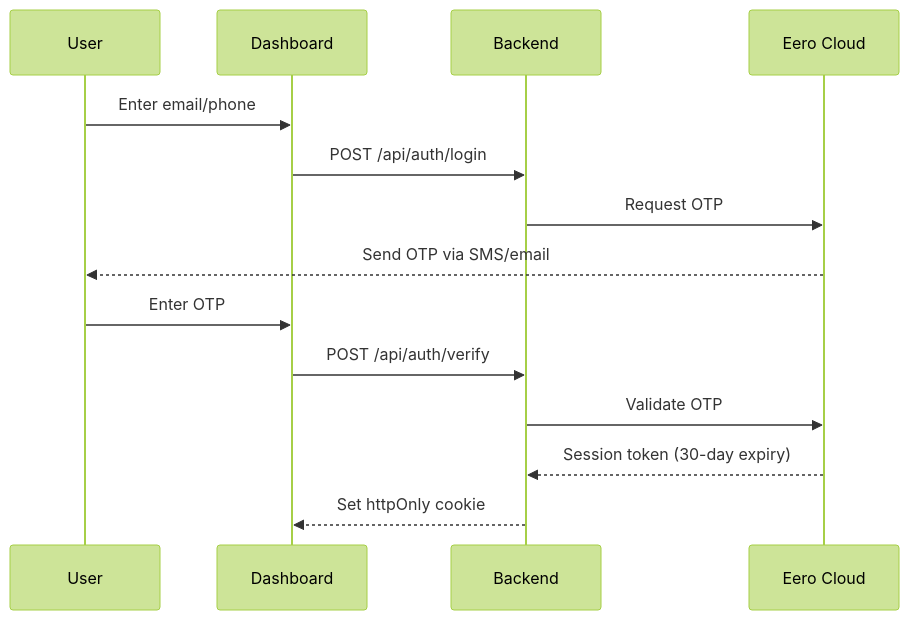
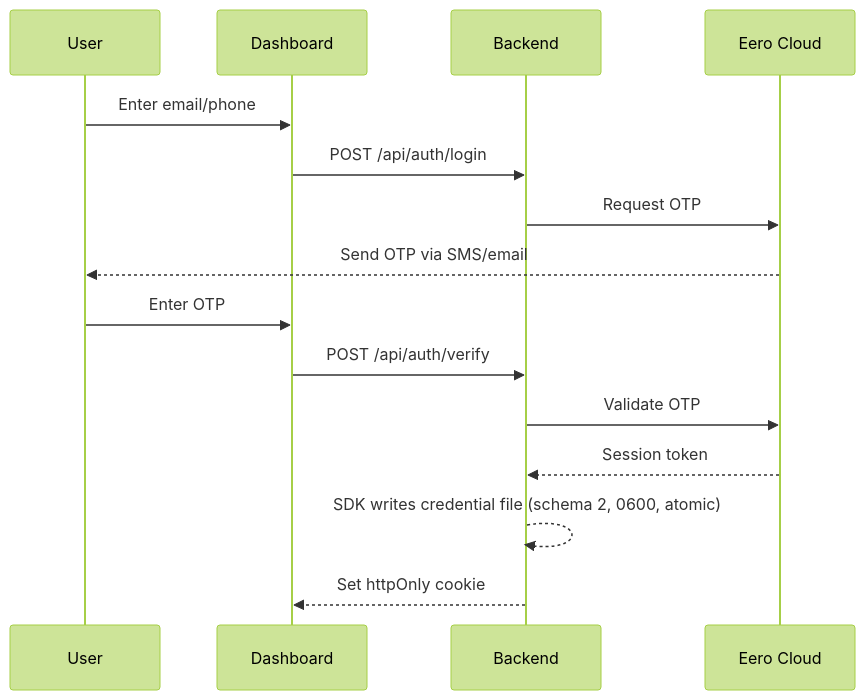
One commit to fulviofreitas/eero-ui changed the diagram in wiki/Architecture.md. Above: the diagram before and after it, drawn with Mermaid (forest theme). The commit also changed other lines of this file and 479 other files, not shown here.

````diff
--- a/wiki/Architecture.md
+++ b/wiki/Architecture.md
@@ -59,17 +74,18 @@
 ```mermaid
 sequenceDiagram
     participant User
     participant Dashboard
     participant Backend
     participant Eero Cloud
-    
+
     User->>Dashboard: Enter email/phone
     Dashboard->>Backend: POST /api/auth/login
     Backend->>Eero Cloud: Request OTP
     Eero Cloud-->>User: Send OTP via SMS/email
     User->>Dashboard: Enter OTP
     Dashboard->>Backend: POST /api/auth/verify
     Backend->>Eero Cloud: Validate OTP
-    Eero Cloud-->>Backend: Session token (30-day expiry)
+    Eero Cloud-->>Backend: Session token
+    Backend-->>Backend: SDK writes credential file (schema 2, 0600, atomic)
     Backend-->>Dashboard: Set httpOnly cookie
 ```
````
